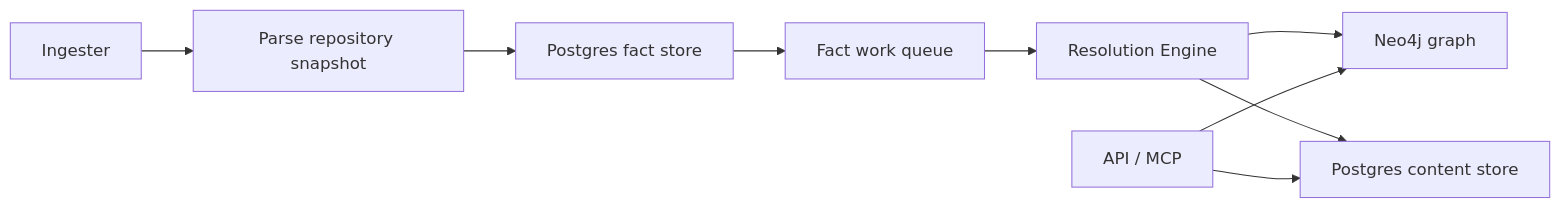
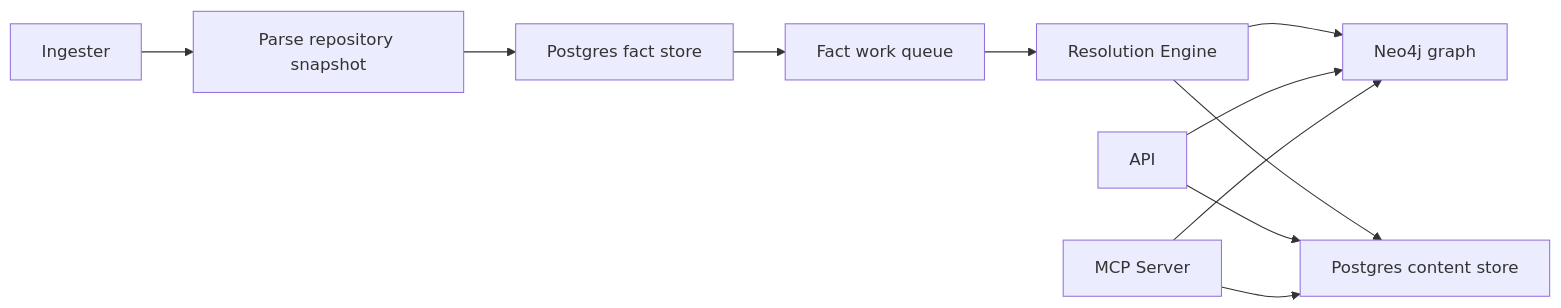
The diagram in docs/docs/deployment/overview.md (platformcontext/platform-context-graph), drawn with Mermaid before and after one commit. The commit also changed other lines of this file and 5 other files, not shown here.

````diff
--- a/docs/docs/deployment/overview.md
+++ b/docs/docs/deployment/overview.md
@@ -25,11 +30,13 @@
 ```mermaid
 flowchart LR
   A["Ingester"] --> B["Parse repository snapshot"]
   B --> C["Postgres fact store"]
   C --> D["Fact work queue"]
   D --> E["Resolution Engine"]
   E --> F["Neo4j graph"]
   E --> G["Postgres content store"]
-  H["API / MCP"] --> F
+  H["API"] --> F
   H --> G
+  I["MCP Server"] --> F
+  I --> G
 ```
````
